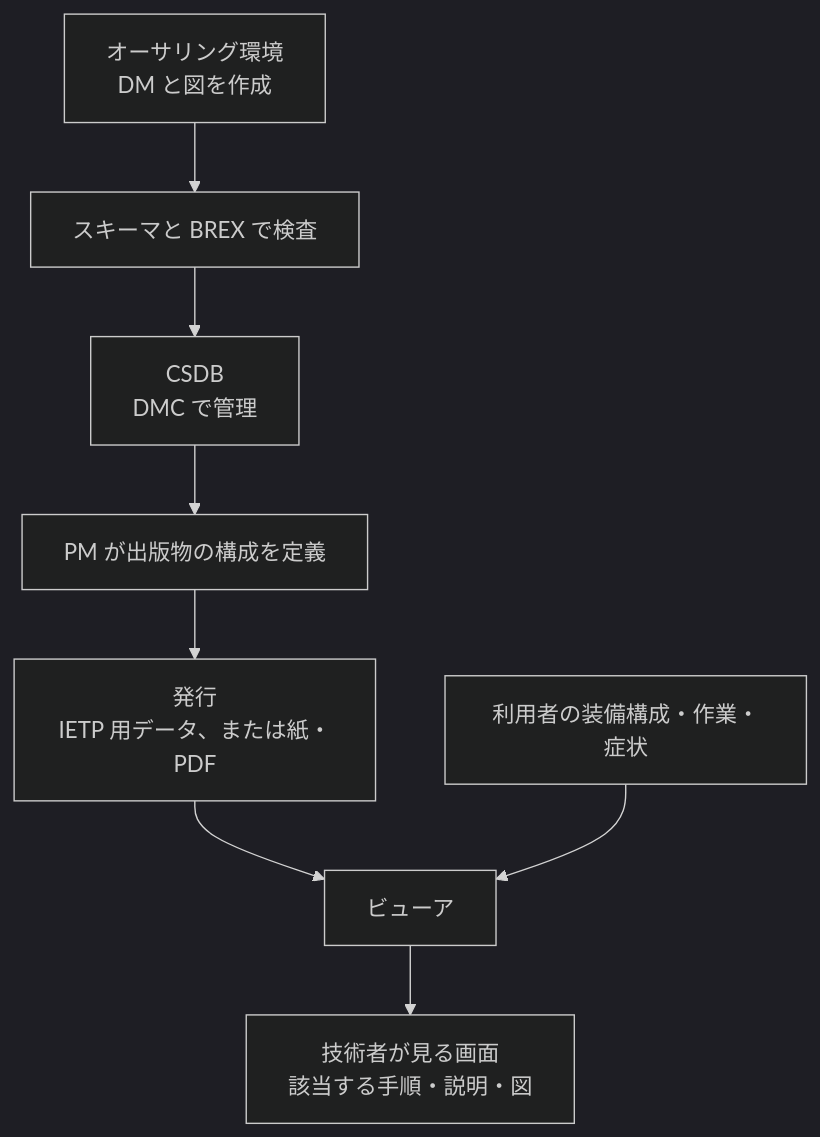
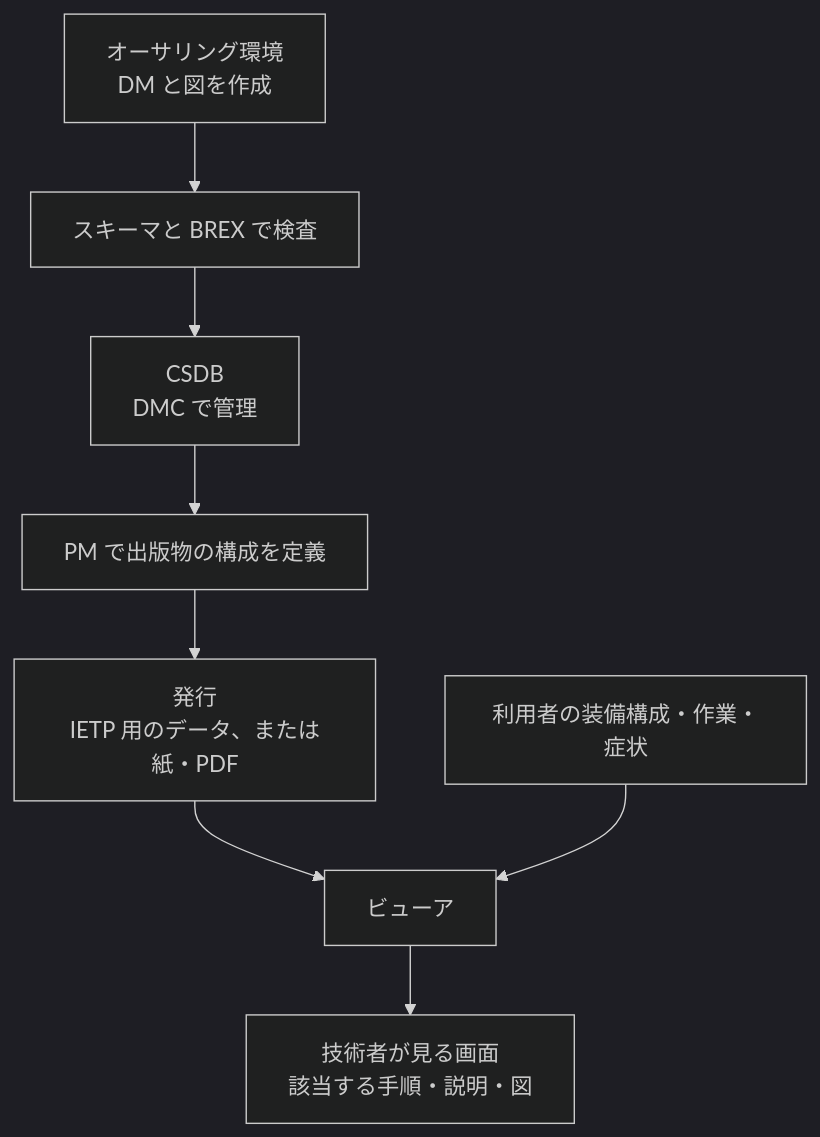
The diagram in books/ietm-overview/components.md (shuji-bonji/zenn-articles), drawn with Mermaid (dark theme) before and after one commit. The commit also changed other lines of this file, not shown here.

First line of the commit message:
fix: IETM入門「IETM と IETP の構成要素」の日本語を直し、冒頭を要約文にした

````diff
--- a/books/ietm-overview/components.md
+++ b/books/ietm-overview/components.md
@@ -49,10 +53,10 @@
 ```mermaid
 flowchart TB
   A["オーサリング環境<br/>DM と図を作成"] --> V["スキーマと BREX で検査"]
   V --> C["CSDB<br/>DMC で管理"]
-  C --> P["PM が出版物の構成を定義"]
-  P --> R["発行<br/>IETP 用データ、または紙・PDF"]
+  C --> P["PM で出版物の構成を定義"]
+  P --> R["発行<br/>IETP 用のデータ、または紙・PDF"]
   R --> U["ビューア"]
   Q["利用者の装備構成・作業・症状"] --> U
   U --> T["技術者が見る画面<br/>該当する手順・説明・図"]
 ```
````
